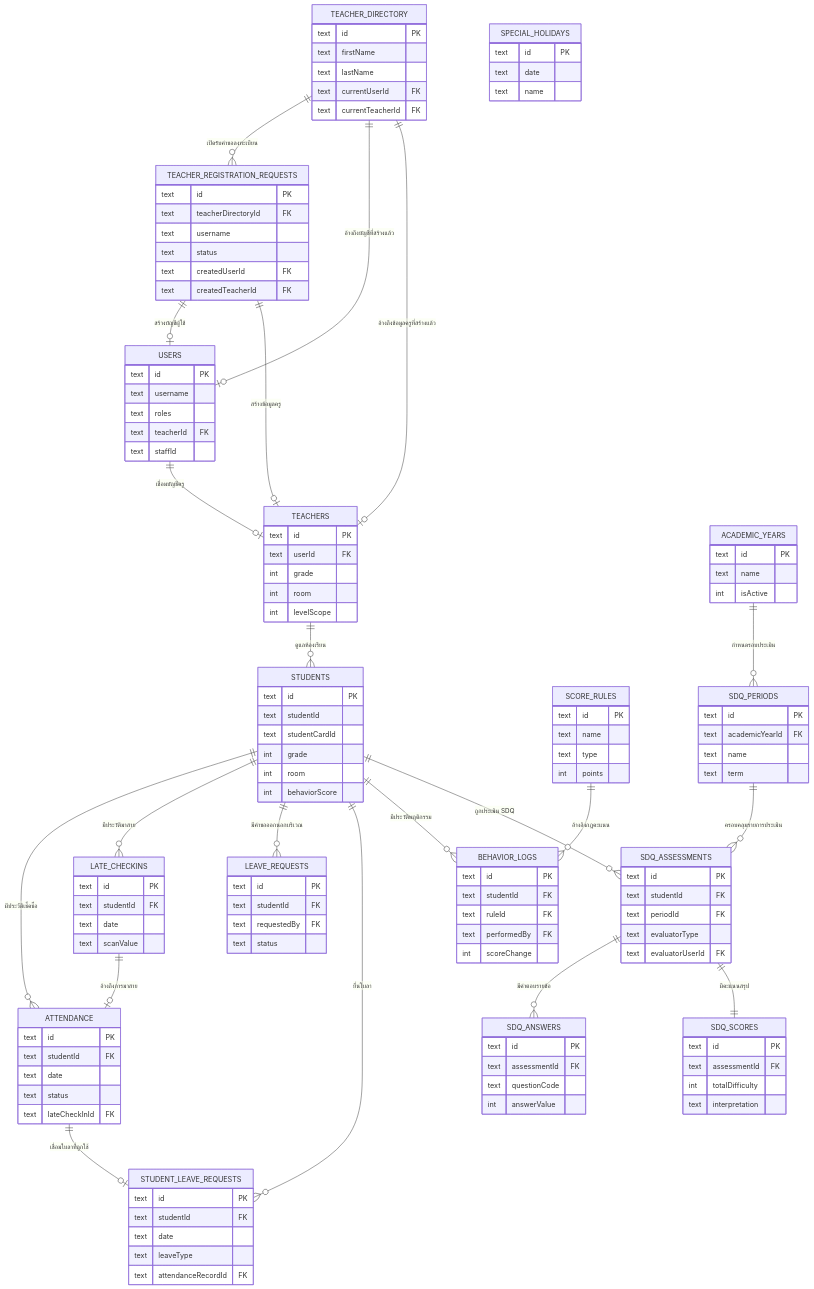
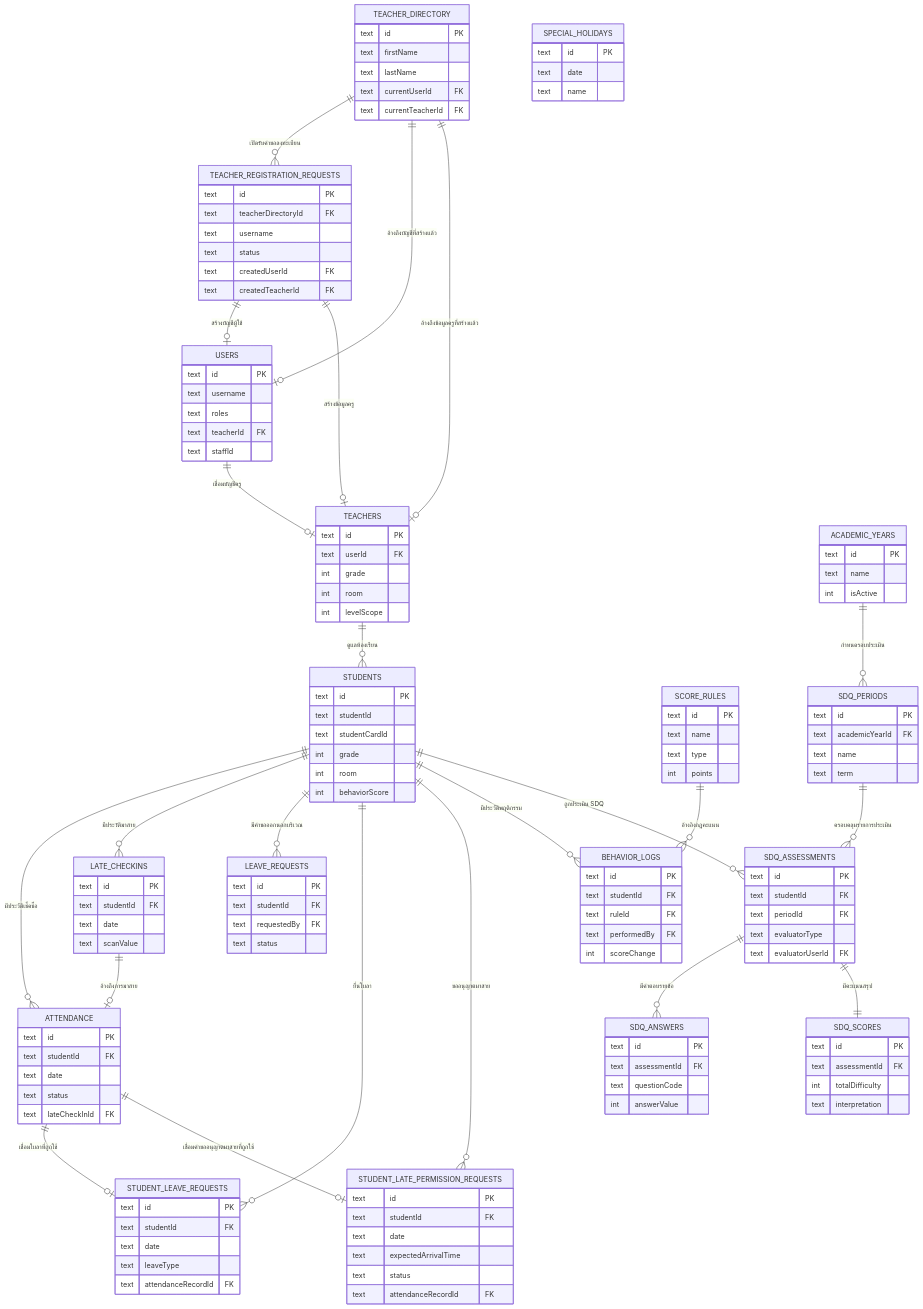
Before and after one commit to cboontact/doitg2026: the second of 23 diagrams in README.md, drawn with Mermaid. The commit also changed other lines of this file, not shown here.

```diff
--- a/README.md
+++ b/README.md
@@ -286,6 +299,15 @@
         text attendanceRecordId FK
     }
 
+    STUDENT_LATE_PERMISSION_REQUESTS {
+        text id PK
+        text studentId FK
+        text date
+        text expectedArrivalTime
+        text status
+        text attendanceRecordId FK
+    }
+
     SCORE_RULES {
         text id PK
         text name
@@ -353,10 +375,12 @@
     STUDENTS ||--o{ LATE_CHECKINS : "มีประวัติมาสาย"
     STUDENTS ||--o{ LEAVE_REQUESTS : "มีคำขอออกนอกบริเวณ"
     STUDENTS ||--o{ STUDENT_LEAVE_REQUESTS : "ยื่นใบลา"
+    STUDENTS ||--o{ STUDENT_LATE_PERMISSION_REQUESTS : "ขออนุญาตมาสาย"
     STUDENTS ||--o{ BEHAVIOR_LOGS : "มีประวัติพฤติกรรม"
     STUDENTS ||--o{ SDQ_ASSESSMENTS : "ถูกประเมิน SDQ"
     SCORE_RULES ||--o{ BEHAVIOR_LOGS : "อ้างอิงกฎคะแนน"
     ATTENDANCE ||--o| STUDENT_LEAVE_REQUESTS : "เชื่อมใบลาที่ถูกใช้"
+    ATTENDANCE ||--o| STUDENT_LATE_PERMISSION_REQUESTS : "เชื่อมคำขออนุญาตมาสายที่ถูกใช้"
     LATE_CHECKINS ||--o| ATTENDANCE : "อ้างถึงการมาสาย"
     ACADEMIC_YEARS ||--o{ SDQ_PERIODS : "กำหนดรอบประเมิน"
     SDQ_PERIODS ||--o{ SDQ_ASSESSMENTS : "ครอบคลุมรายการประเมิน"
```
